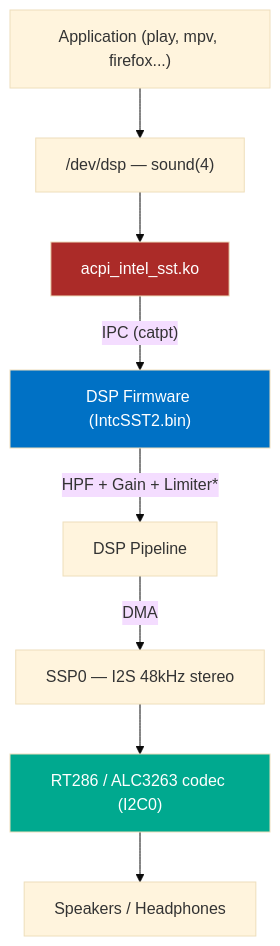
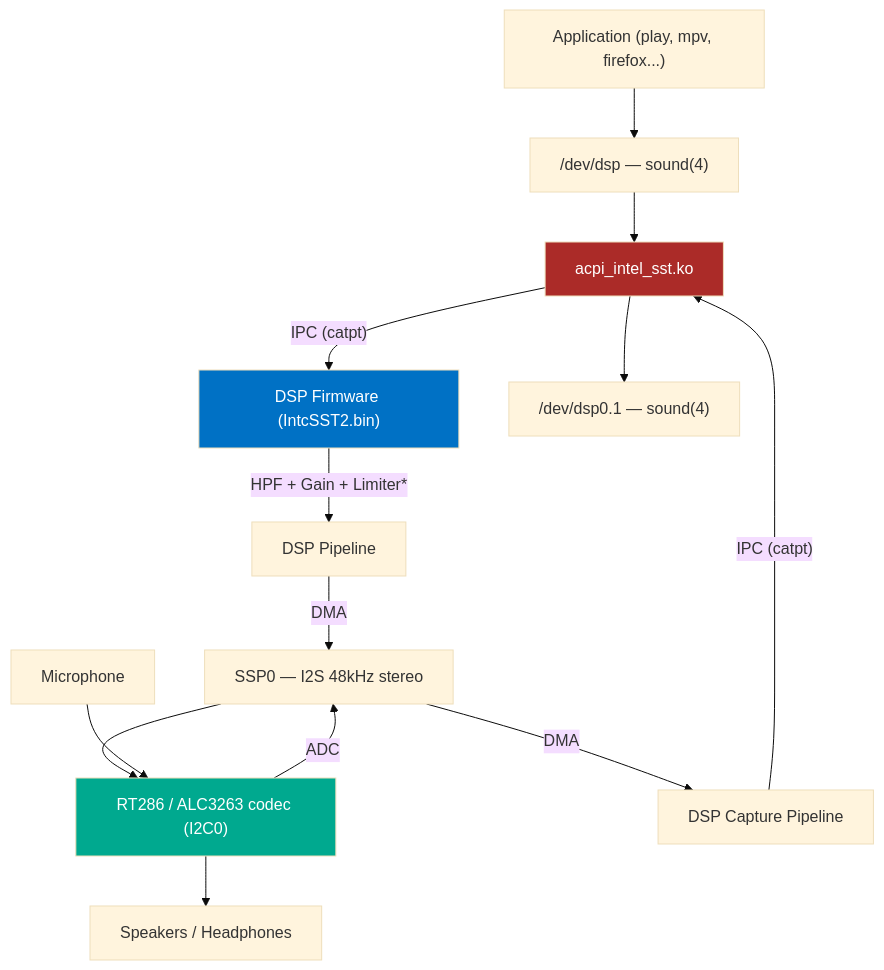
One commit to spagu/acpi_intel_sst changed the diagram in README.md. Above: the diagram before and after it, drawn with Mermaid (base theme). The commit also changed other lines of this file and 9 other files, not shown here.

First line of the commit message:
feat: enable audio capture with microphone support, SSP ref-counting, and capture mixer

````diff
--- a/README.md
+++ b/README.md
@@ -30,14 +30,19 @@
 ```mermaid
 graph TD
     A["Application (play, mpv, firefox...)"] --> B["/dev/dsp — sound(4)"]
     B --> C["acpi_intel_sst.ko"]
     C -->|"IPC (catpt)"| D["DSP Firmware (IntcSST2.bin)"]
     D -->|"HPF + Gain + Limiter*"| D2["DSP Pipeline"]
     D2 -->|"DMA"| E["SSP0 — I2S 48kHz stereo"]
     E --> F["RT286 / ALC3263 codec (I2C0)"]
     F --> G["Speakers / Headphones"]
+    H["Microphone"] --> F
+    F -->|"ADC"| E
+    E -->|"DMA"| D3["DSP Capture Pipeline"]
+    D3 -->|"IPC (catpt)"| C
+    C --> I["/dev/dsp0.1 — sound(4)"]
 
     style C fill:#AB2B28,color:#fff
     style D fill:#0071C5,color:#fff
     style F fill:#00A98F,color:#fff
 ```
````
